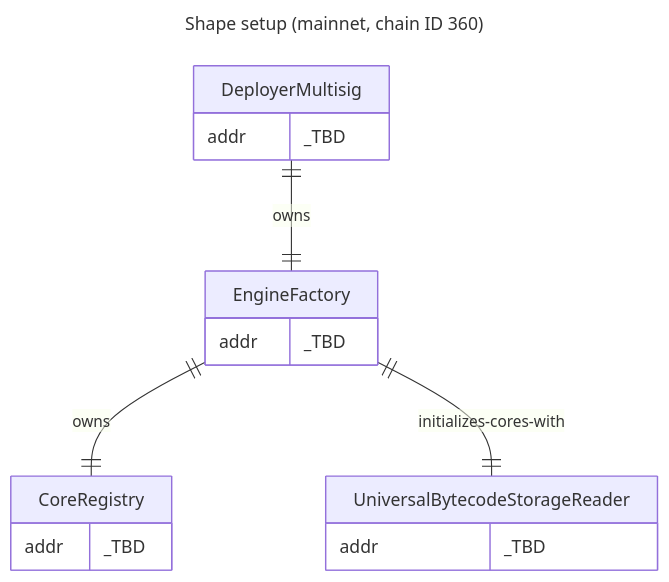
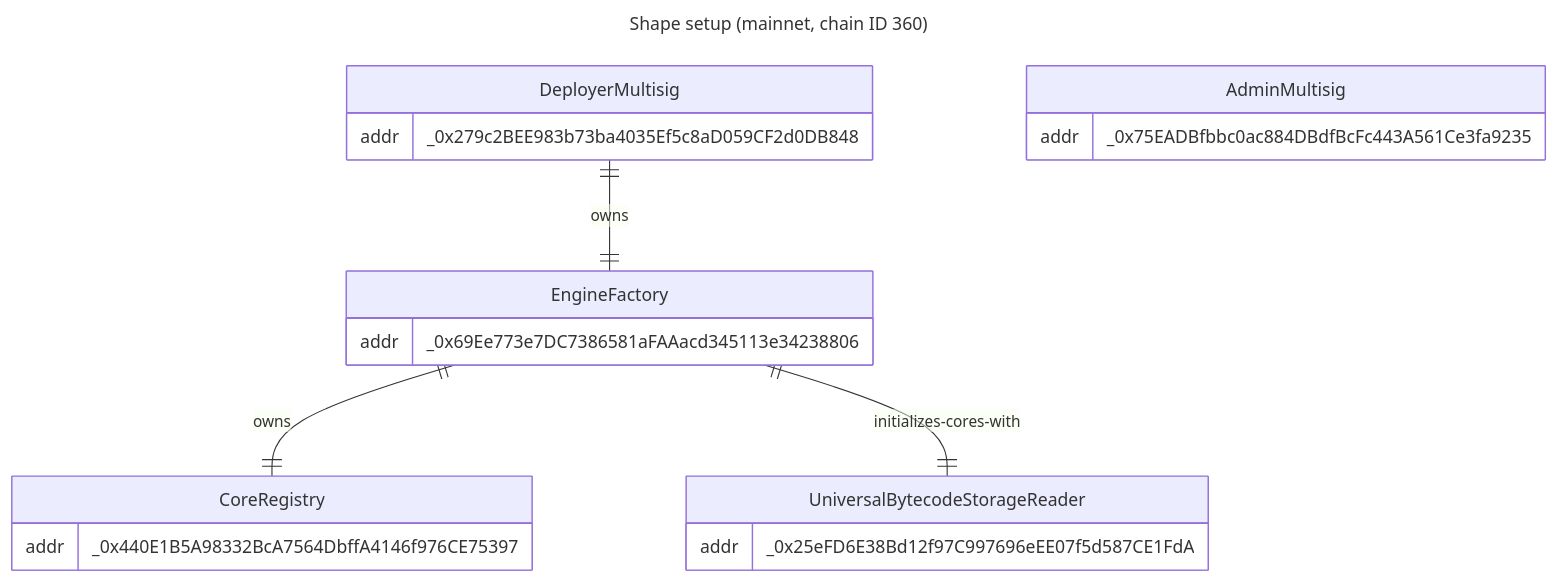
The fourth of 6 diagrams in packages/contracts/INFRASTRUCTURE.md (ArtBlocks/artblocks-contracts), drawn with Mermaid before and after one commit. The commit also changed other lines of this file and 18 other files, not shown here.

````diff
--- a/packages/contracts/INFRASTRUCTURE.md
+++ b/packages/contracts/INFRASTRUCTURE.md
@@ -100,21 +113,24 @@
 ```mermaid
 ---
 title: Shape setup (mainnet, chain ID 360)
 ---
 erDiagram
     DeployerMultisig ||--|| EngineFactory : owns
     EngineFactory ||--|| CoreRegistry : owns
     EngineFactory ||--|| UniversalBytecodeStorageReader : initializes-cores-with
     DeployerMultisig {
-        addr _TBD
+        addr _0x279c2BEE983b73ba4035Ef5c8aD059CF2d0DB848
+    }
+    AdminMultisig {
+        addr _0x75EADBfbbc0ac884DBdfBcFc443A561Ce3fa9235
     }
     EngineFactory {
-        addr _TBD
+        addr _0x69Ee773e7DC7386581aFAAacd345113e34238806
     }
     CoreRegistry {
-        addr _TBD
+        addr _0x440E1B5A98332BcA7564DbffA4146f976CE75397
     }
     UniversalBytecodeStorageReader {
-        addr _TBD
+        addr _0x25eFD6E38Bd12f97C997696eEE07f5d587CE1FdA
     }
 ```
````
